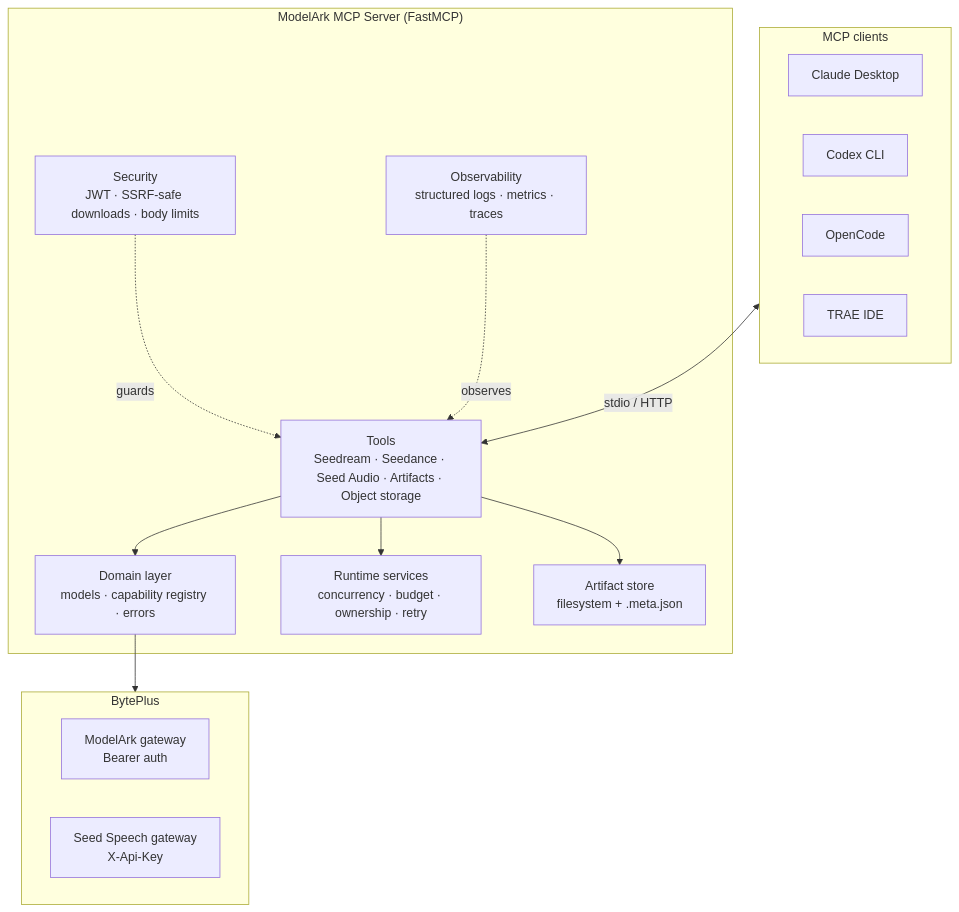
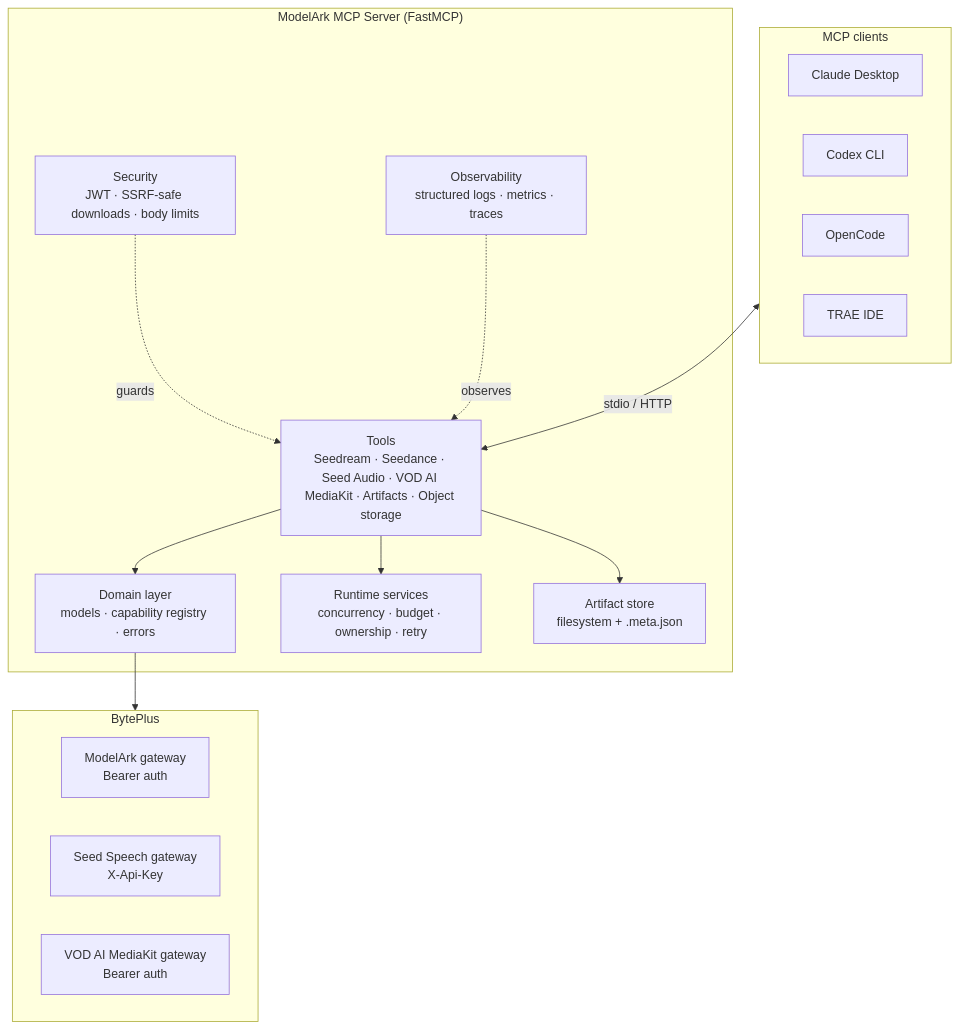
Before and after one commit to byteplus-sa/modelark-mcp: the first of 3 diagrams in README.md, drawn with Mermaid. The commit also changed other lines of this file and 41 other files, not shown here.

Commit message:
feat: add BytePlus VOD MediaKit enhancement

````diff
--- a/README.md
+++ b/README.md
@@ -86,28 +88,29 @@
 ```mermaid
 flowchart TB
   subgraph Client["MCP clients"]
     CD[Claude Desktop]
     CX[Codex CLI]
     OC[OpenCode]
     TR[TRAE IDE]
   end
   subgraph Server["ModelArk MCP Server (FastMCP)"]
-    Tools["Tools<br/>Seedream · Seedance · Seed Audio · Artifacts · Object storage"]
+    Tools["Tools<br/>Seedream · Seedance · Seed Audio · VOD AI MediaKit · Artifacts · Object storage"]
     Domain["Domain layer<br/>models · capability registry · errors"]
     Runtime["Runtime services<br/>concurrency · budget · ownership · retry"]
     Store["Artifact store<br/>filesystem + .meta.json"]
     Sec["Security<br/>JWT · SSRF-safe downloads · body limits"]
     Obs["Observability<br/>structured logs · metrics · traces"]
   end
   subgraph Providers["BytePlus"]
     MA["ModelArk gateway<br/>Bearer auth"]
     SS["Seed Speech gateway<br/>X-Api-Key"]
+    VOD["VOD AI MediaKit gateway<br/>Bearer auth"]
   end
   Client <-->|"stdio / HTTP"| Tools
   Tools --> Domain
   Tools --> Runtime
   Tools --> Store
   Domain --> Providers
   Sec -. guards .-> Tools
   Obs -. observes .-> Tools
 ```
````
